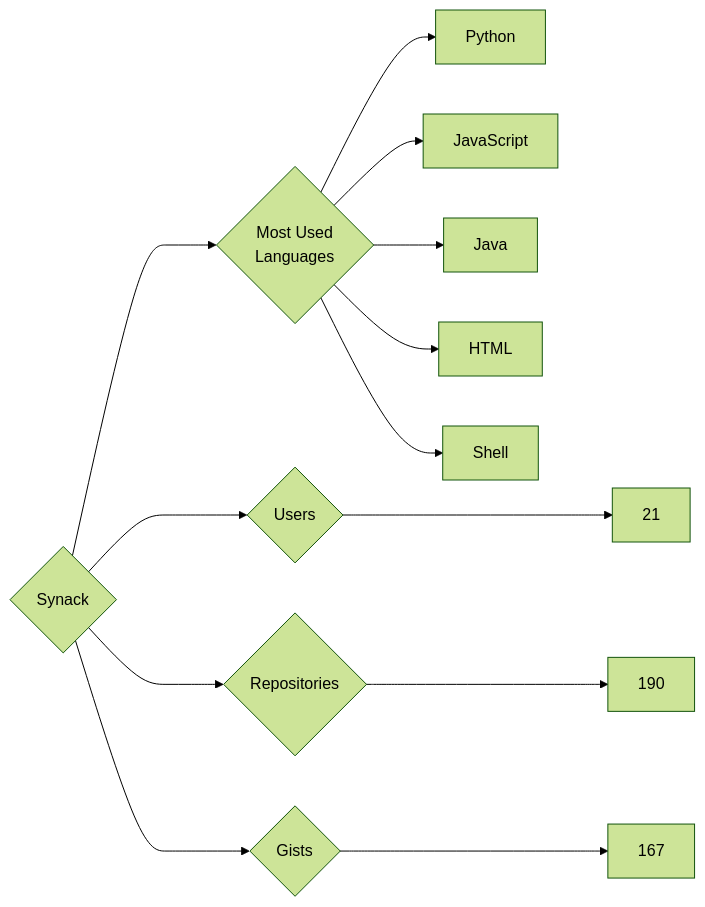
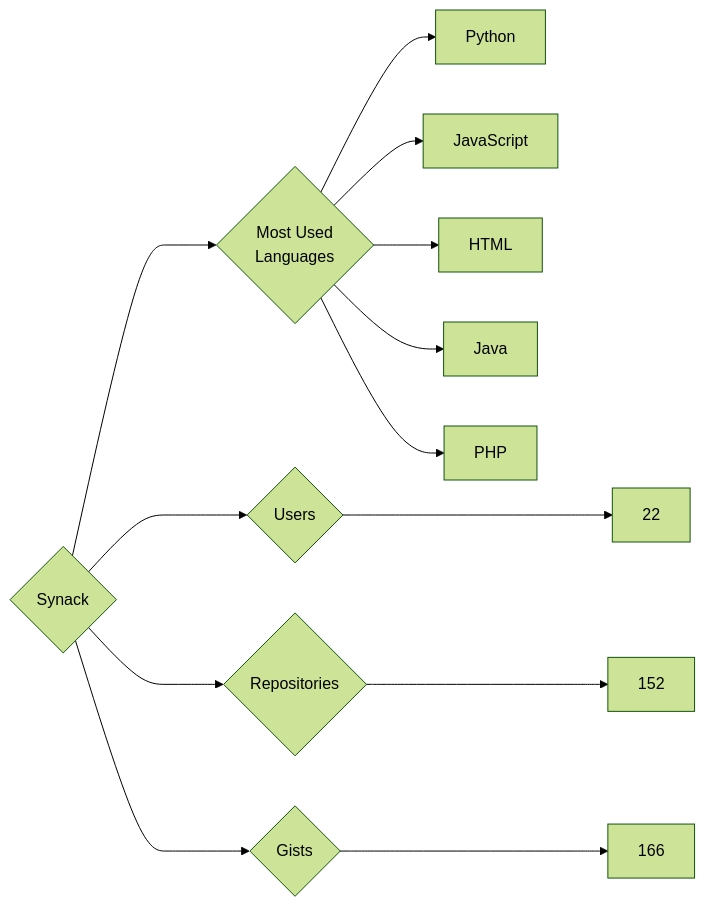
The diagram in targets/Synack/README.md (trickest/insiders), drawn with Mermaid (forest theme) before and after one commit. The commit also changed 969 other files, not shown here.

````diff
--- a/targets/Synack/README.md
+++ b/targets/Synack/README.md
@@ -3,13 +3,13 @@
 ```mermaid
 graph LR
 COMPANY_NAME{Synack}
-COMPANY_NAME ---> U{Users} ---> UN[21]
-COMPANY_NAME ---> R{Repositories} ---> RN[190]
-COMPANY_NAME ---> G{Gists} ---> GN[167]
+COMPANY_NAME ---> U{Users} ---> UN[22]
+COMPANY_NAME ---> R{Repositories} ---> RN[152]
+COMPANY_NAME ---> G{Gists} ---> GN[166]
 COMPANY_NAME ---> ML{Most Used<br>Languages}
 ML --> Python[Python]
 ML --> JavaScript[JavaScript]
+ML --> HTML[HTML]
 ML --> Java[Java]
-ML --> HTML[HTML]
-ML --> Shell[Shell]
+ML --> PHP[PHP]
 ```
````
